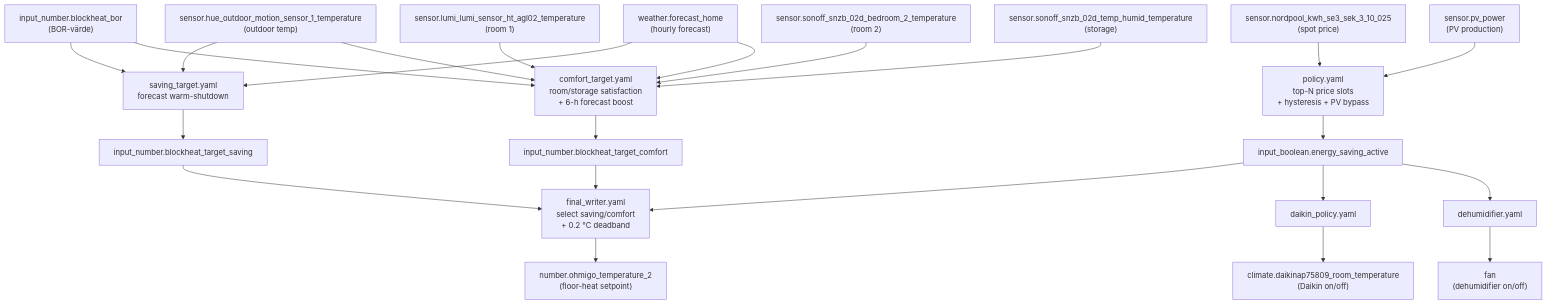
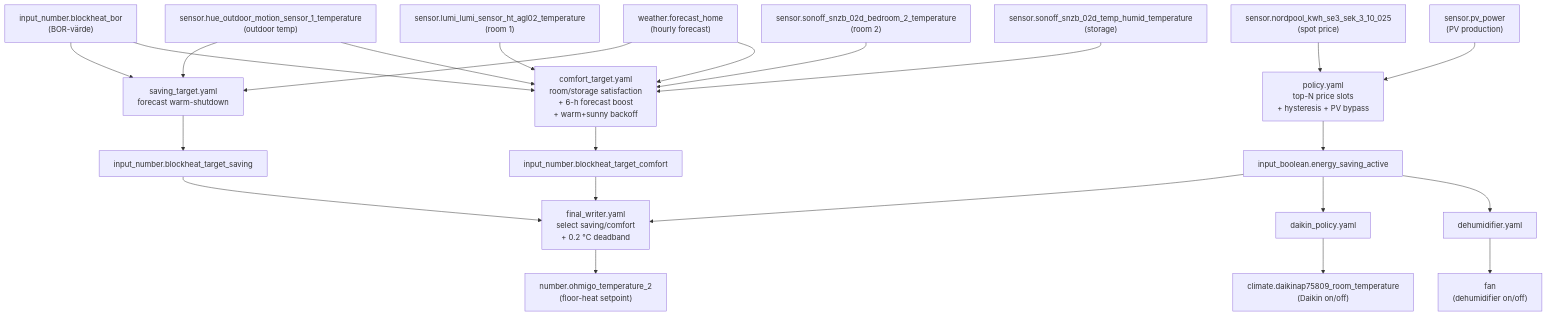
The diagram in automations/README.md (ohlsont/home-assistant-blueprints), drawn with Mermaid before and after one commit. The commit also changed other lines of this file and 3 other files, not shown here.

First line of the commit message:
feat: warm+sunny solar backoff for comfort target (#42)

````diff
--- a/automations/README.md
+++ b/automations/README.md
@@ -16,42 +16,42 @@
 ```mermaid
 flowchart TD
     nordpool["sensor.nordpool_kwh_se3_sek_3_10_025\n(spot price)"]
     pv["sensor.pv_power\n(PV production)"]
     outdoor["sensor.hue_outdoor_motion_sensor_1_temperature\n(outdoor temp)"]
     room1["sensor.lumi_lumi_sensor_ht_agl02_temperature\n(room 1)"]
     room2["sensor.sonoff_snzb_02d_bedroom_2_temperature\n(room 2)"]
     storage["sensor.sonoff_snzb_02d_temp_humid_temperature\n(storage)"]
     forecast["weather.forecast_home\n(hourly forecast)"]
 
     nordpool --> policy
     pv --> policy
     policy["policy.yaml\ntop-N price slots\n+ hysteresis + PV bypass"]
 
     policy --> flag["input_boolean.energy_saving_active"]
 
     bor["input_number.blockheat_bor\n(BOR-värde)"]
 
     bor --> saving_target
     outdoor --> saving_target["saving_target.yaml\nforecast warm-shutdown"]
     forecast --> saving_target
     saving_target --> ib_saving["input_number.blockheat_target_saving"]
 
     bor --> comfort_target
-    outdoor --> comfort_target["comfort_target.yaml\nroom/storage satisfaction\n+ 6-h forecast boost"]
+    outdoor --> comfort_target["comfort_target.yaml\nroom/storage satisfaction\n+ 6-h forecast boost\n+ warm+sunny backoff"]
     room1 --> comfort_target
     room2 --> comfort_target
     storage --> comfort_target
     forecast --> comfort_target
     comfort_target --> ib_comfort["input_number.blockheat_target_comfort"]
 
     flag --> final_writer["final_writer.yaml\nselect saving/comfort\n+ 0.2 °C deadband"]
     ib_saving --> final_writer
     ib_comfort --> final_writer
     final_writer --> ohmigo["number.ohmigo_temperature_2\n(floor-heat setpoint)"]
 
     flag --> daikin_policy["daikin_policy.yaml"]
     daikin_policy --> daikin["climate.daikinap75809_room_temperature\n(Daikin on/off)"]
 
     flag --> dehumidifier["dehumidifier.yaml"]
     dehumidifier --> fan["fan\n(dehumidifier on/off)"]
 ```
````
